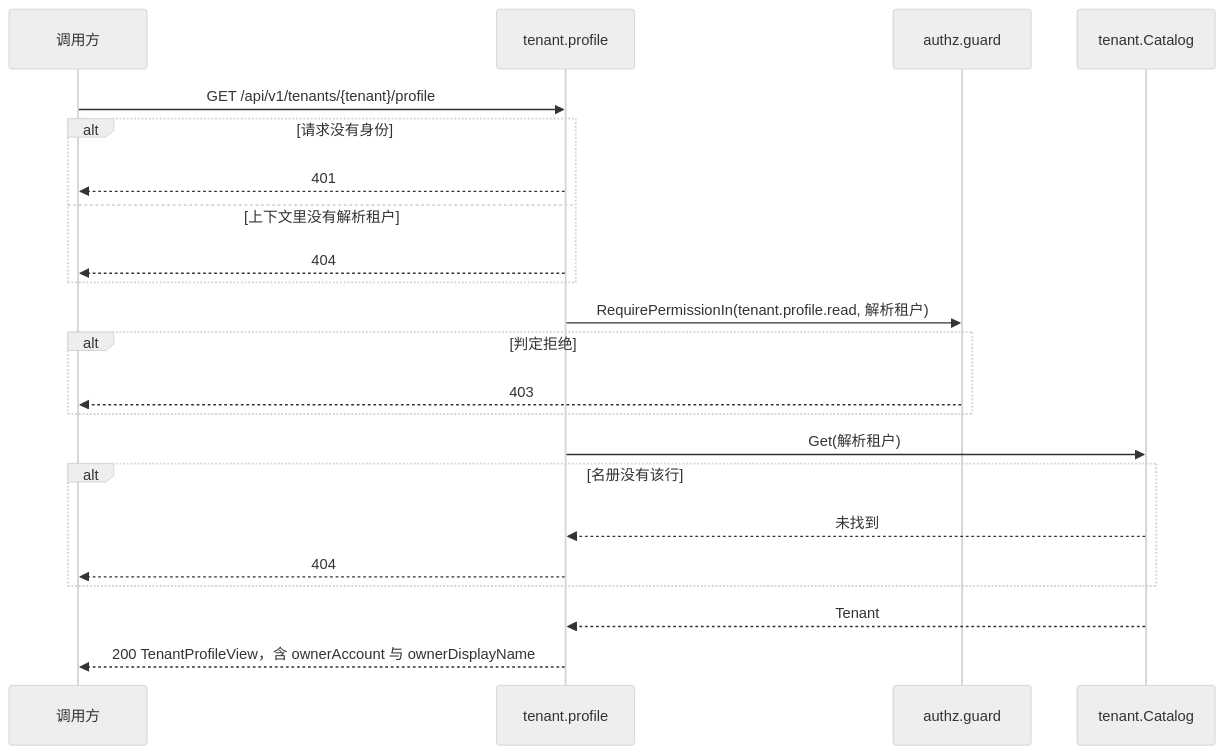
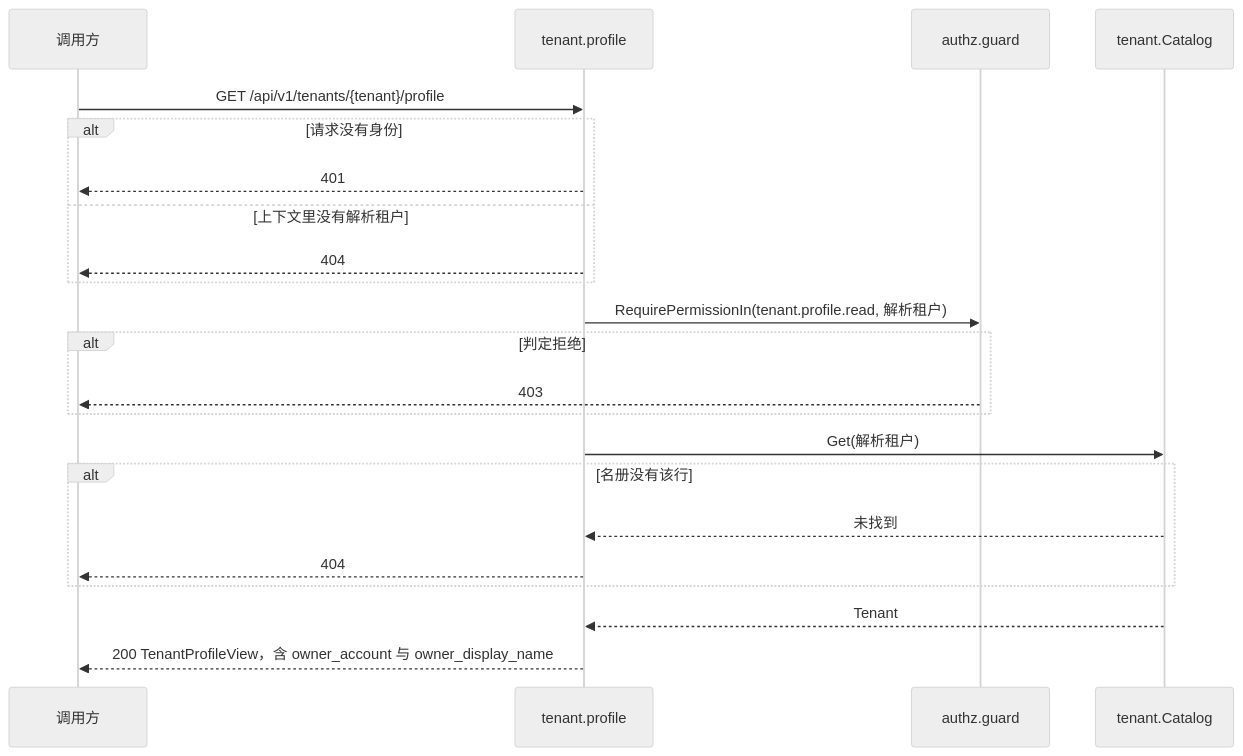
Before and after one commit to wangzw/speed: the diagram in docs/design/modules/tenant/design-tenant-profile.md, drawn with Mermaid (neutral theme). The commit also changed other lines of this file and 87 other files, not shown here.

````diff
--- a/docs/design/modules/tenant/design-tenant-profile.md
+++ b/docs/design/modules/tenant/design-tenant-profile.md
@@ -72,24 +72,24 @@
 ```mermaid
 sequenceDiagram
     participant C as 调用方
     participant H as tenant.profile
     participant Q as authz.guard
     participant R as tenant.Catalog
     C->>H: GET /api/v1/tenants/{tenant}/profile
     alt 请求没有身份
         H-->>C: 401
     else 上下文里没有解析租户
         H-->>C: 404
     end
     H->>Q: RequirePermissionIn(tenant.profile.read, 解析租户)
     alt 判定拒绝
         Q-->>C: 403
     end
     H->>R: Get(解析租户)
     alt 名册没有该行
         R-->>H: 未找到
         H-->>C: 404
     end
     R-->>H: Tenant
-    H-->>C: 200 TenantProfileView，含 ownerAccount 与 ownerDisplayName
+    H-->>C: 200 TenantProfileView，含 owner_account 与 owner_display_name
 ```
````
